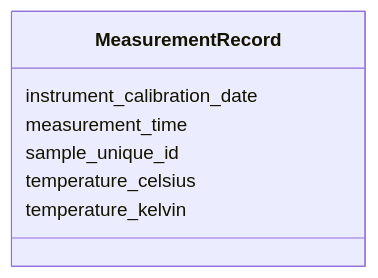
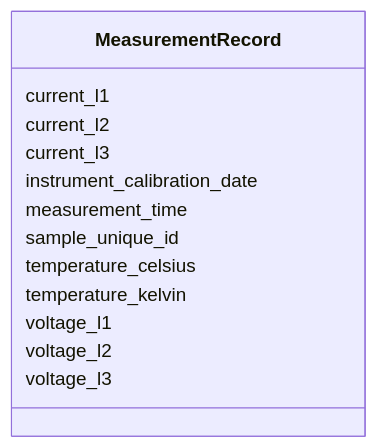
Before and after one commit to utqkb/regimo-core: the diagram in documentation/MeasurementRecord.md, drawn with Mermaid. The commit also changed other lines of this file and 22 other files, not shown here.

````diff
--- a/documentation/MeasurementRecord.md
+++ b/documentation/MeasurementRecord.md
@@ -19,16 +19,28 @@
 ```mermaid
  classDiagram
     class MeasurementRecord
     click MeasurementRecord href "../MeasurementRecord"
+      MeasurementRecord : current_l1
+        
+      MeasurementRecord : current_l2
+        
+      MeasurementRecord : current_l3
+        
       MeasurementRecord : instrument_calibration_date
         
       MeasurementRecord : measurement_time
         
       MeasurementRecord : sample_unique_id
         
       MeasurementRecord : temperature_celsius
         
       MeasurementRecord : temperature_kelvin
         
+      MeasurementRecord : voltage_l1
+        
+      MeasurementRecord : voltage_l2
+        
+      MeasurementRecord : voltage_l3
+        
       
 ```
````
